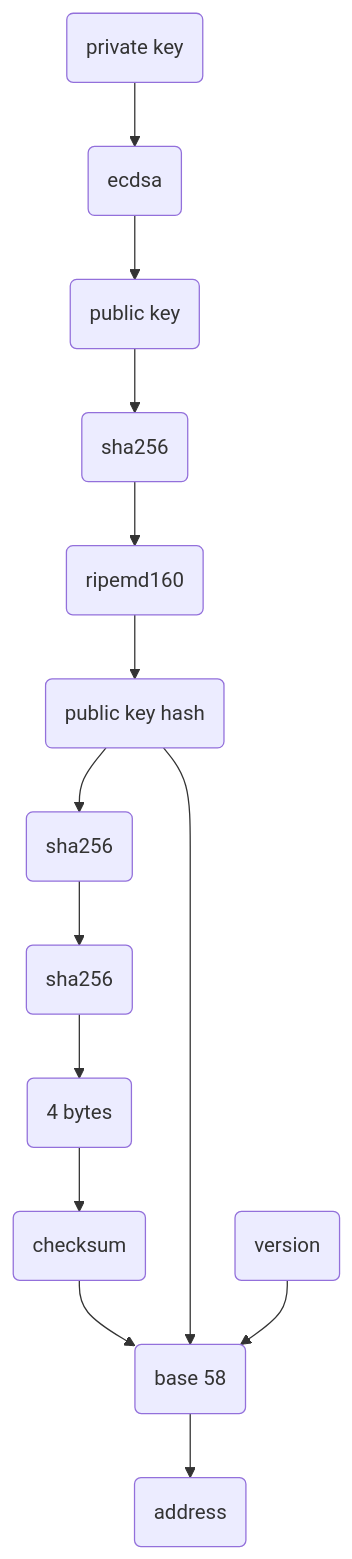
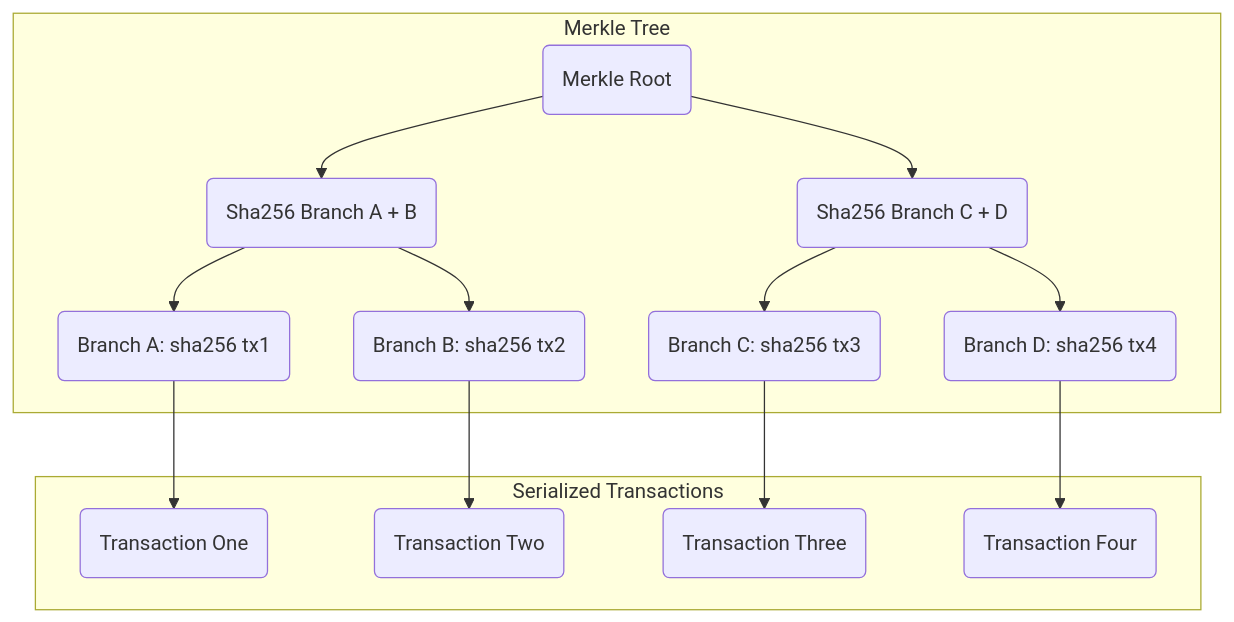
Before and after one commit to petiibhuzah/golang-blockchain: the diagram in wallet.mmd, drawn with Mermaid. The commit also changed 5 other files, not shown here.

Commit message:
Blockchain MerkleTree - completed

```diff
--- a/wallet.mmd
+++ b/wallet.mmd
@@ -1,16 +1,21 @@
-graph TB
-pr(private key) --> ec(ecdsa)
-ec --> pb(public key) 
+graph TD
+subgraph Merkle Tree
+    a(Merkle Root) --> b
+    a --> c(Sha256 Branch A + B)
+    c --> d(Branch A: sha256 tx1)
+    c --> e(Branch B: sha256 tx2)
+    b(Sha256 Branch C + D) --> f(Branch C: sha256 tx3)
+    b --> g(Branch D: sha256 tx4)
 
-pb --> s(sha256) 
-s --> r(ripemd160) 
-r --> k(public key hash)
-k --> s1(sha256)
-s1 --> s2(sha256)
-s2 --> e(4 bytes)
-e --> c
-c(checksum)
-c --> b(base 58)
-k --> b
-v(version) --> b
-b --> a(address) 
+end
+d --> tx1
+e --> tx2
+f --> tx3
+g --> tx4
+
+subgraph Serialized Transactions
+    tx1(Transaction One)
+    tx2(Transaction Two)
+    tx3(Transaction Three)
+    tx4(Transaction Four)
+end
```
